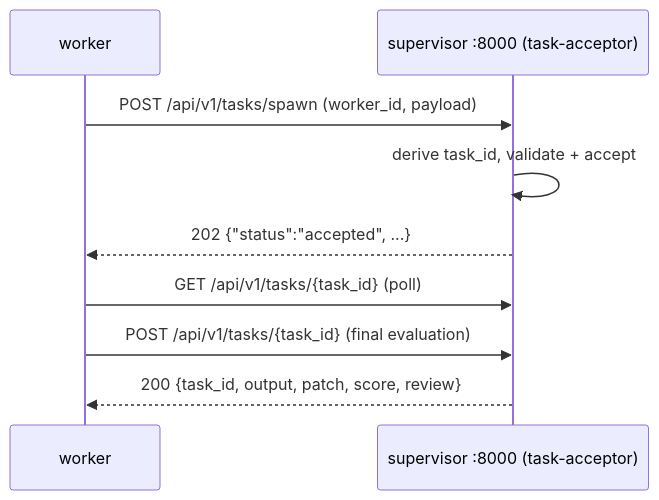
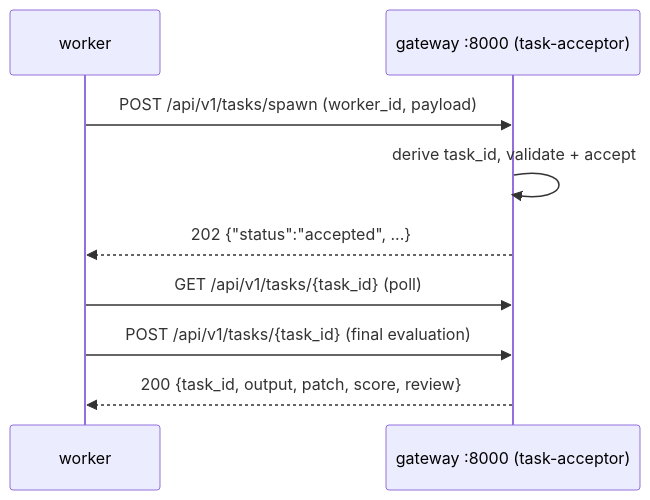
The second of 4 diagrams in docs/design/thinktank-plan.md (UtopikLab/code-factory), drawn with Mermaid before and after one commit. The commit also changed other lines of this file and 18 other files, not shown here.

````diff
--- a/docs/design/thinktank-plan.md
+++ b/docs/design/thinktank-plan.md
@@ -208,11 +206,11 @@
 ```mermaid
 sequenceDiagram
     participant W as worker
-    participant SVC as supervisor :8000 (task-acceptor)
+  participant SVC as gateway :8000 (task-acceptor)
     W->>SVC: POST /api/v1/tasks/spawn (worker_id, payload)
     SVC->>SVC: derive task_id, validate + accept
     SVC-->>W: 202 {"status":"accepted", ...}
     W->>SVC: GET /api/v1/tasks/{task_id} (poll)
     W->>SVC: POST /api/v1/tasks/{task_id} (final evaluation)
     SVC-->>W: 200 {task_id, output, patch, score, review}
 ```
````
